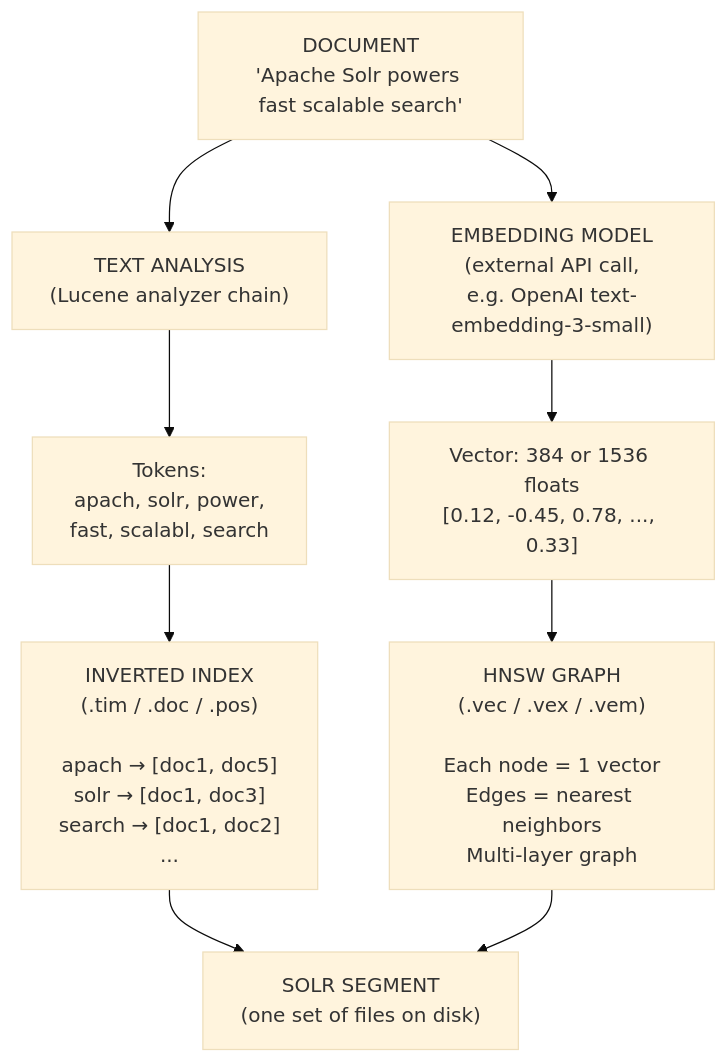
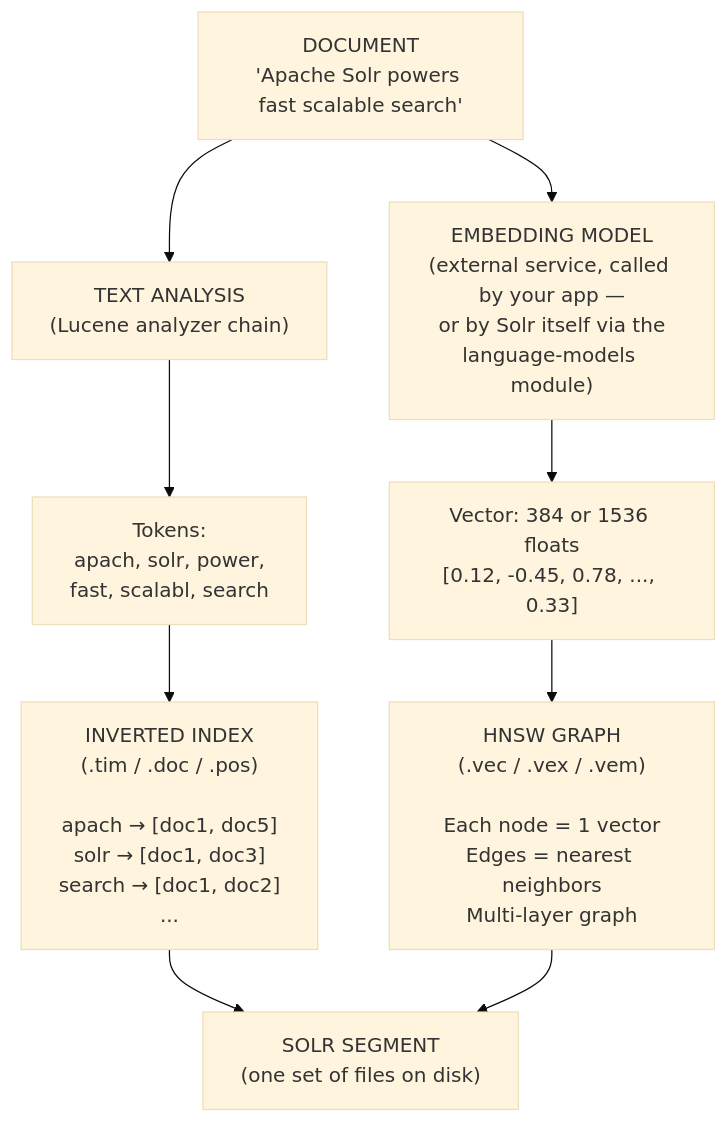
The second of 4 diagrams in chapters/03-search.qmd (adityamparikh/solr-handbook), drawn with Mermaid (base theme) before and after one commit. The commit also changed other lines of this file and 7 other files, not shown here.

First line of the commit message:
feat(code+docs): cover the language-models text-to-vector module (Solr 9.8+)

````diff
--- a/chapters/03-search.qmd
+++ b/chapters/03-search.qmd
@@ -284,17 +284,17 @@
 ```{mermaid}
 %%| label: fig-03-lexical-vector-pipelines
 %%| fig-cap: "The two parallel indexing pipelines inside a single Solr segment: the analyzer builds an inverted index while the embedding model populates the HNSW vector graph."
 flowchart TB
     DOC["DOCUMENT<br/>'Apache Solr powers fast scalable search'"]
     DOC --> TXT["TEXT ANALYSIS<br/>(Lucene analyzer chain)"]
-    DOC --> EMB["EMBEDDING MODEL<br/>(external API call,<br/>e.g. OpenAI text-embedding-3-small)"]
+    DOC --> EMB["EMBEDDING MODEL<br/>(external service, called by your app —<br/>or by Solr itself via the<br/>language-models module)"]
 
     TXT --> TOK["Tokens:<br/>apach, solr, power,<br/>fast, scalabl, search"]
     EMB --> VEC["Vector: 384 or 1536 floats<br/>[0.12, -0.45, 0.78, ..., 0.33]"]
 
     TOK --> INV["INVERTED INDEX<br/>(.tim / .doc / .pos)<br/><br/>apach  → [doc1, doc5]<br/>solr   → [doc1, doc3]<br/>search → [doc1, doc2]<br/>..."]
     VEC --> HNSW["HNSW GRAPH<br/>(.vec / .vex / .vem)<br/><br/>Each node = 1 vector<br/>Edges = nearest neighbors<br/>Multi-layer graph"]
 
     INV --> SEG["SOLR SEGMENT<br/>(one set of files on disk)"]
     HNSW --> SEG
 ```
````
